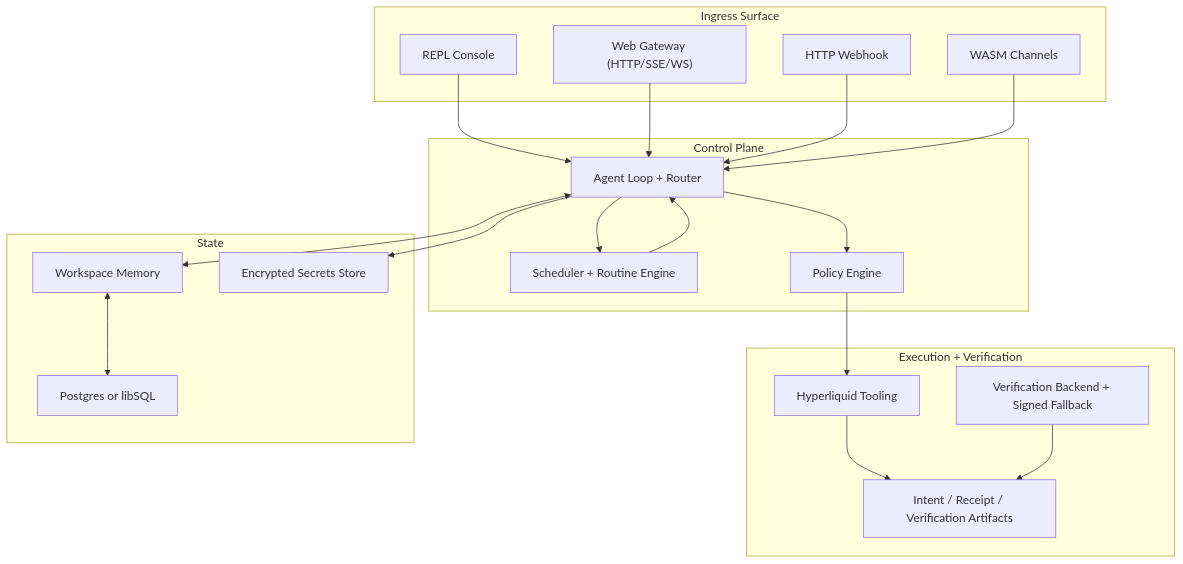
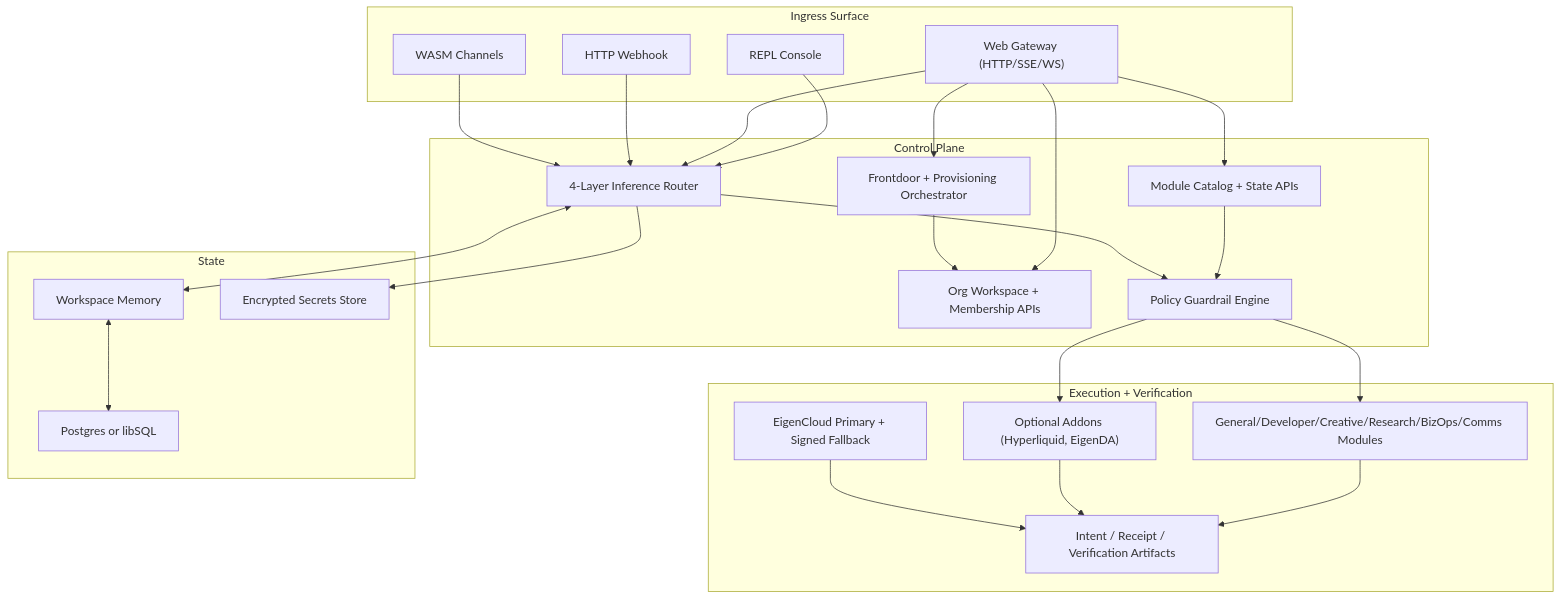
Before and after one commit to Halo-Labs-xyz/Enclagent: the diagram in docs/ENCLAGENT_ARCHITECTURE.md, drawn with Mermaid. The commit also changed other lines of this file and 15 other files, not shown here.

````diff
--- a/docs/ENCLAGENT_ARCHITECTURE.md
+++ b/docs/ENCLAGENT_ARCHITECTURE.md
@@ -5,43 +5,51 @@
 ```mermaid
 flowchart TB
   subgraph ingress["Ingress Surface"]
     repl["REPL Console"]
     gateway["Web Gateway (HTTP/SSE/WS)"]
     webhook["HTTP Webhook"]
     wasm_channels["WASM Channels"]
   end
 
   subgraph control["Control Plane"]
-    router["Agent Loop + Router"]
-    scheduler["Scheduler + Routine Engine"]
-    policy["Policy Engine"]
+    frontdoor["Frontdoor + Provisioning Orchestrator"]
+    org["Org Workspace + Membership APIs"]
+    modules["Module Catalog + State APIs"]
+    router["4-Layer Inference Router"]
+    policy["Policy Guardrail Engine"]
   end
 
   subgraph execution["Execution + Verification"]
-    hl_tool["Hyperliquid Tooling"]
-    verify["Verification Backend + Signed Fallback"]
+    core["General/Developer/Creative/Research/BizOps/Comms Modules"]
+    addons["Optional Addons (Hyperliquid, EigenDA)"]
+    verify["EigenCloud Primary + Signed Fallback"]
     artifacts["Intent / Receipt / Verification Artifacts"]
   end
 
   subgraph state["State"]
     memory["Workspace Memory"]
     db["Postgres or libSQL"]
     secrets["Encrypted Secrets Store"]
   end
 
   repl --> router
+  gateway --> frontdoor
+  gateway --> org
+  gateway --> modules
   gateway --> router
   webhook --> router
   wasm_channels --> router
 
-  router --> scheduler
-  scheduler --> router
+  frontdoor --> org
+  modules --> policy
   router --> policy
-  policy --> hl_tool
-  hl_tool --> artifacts
+  policy --> core
+  policy --> addons
+  core --> artifacts
+  addons --> artifacts
   verify --> artifacts
 
   router <--> memory
   memory <--> db
   router --> secrets
 ```
````
